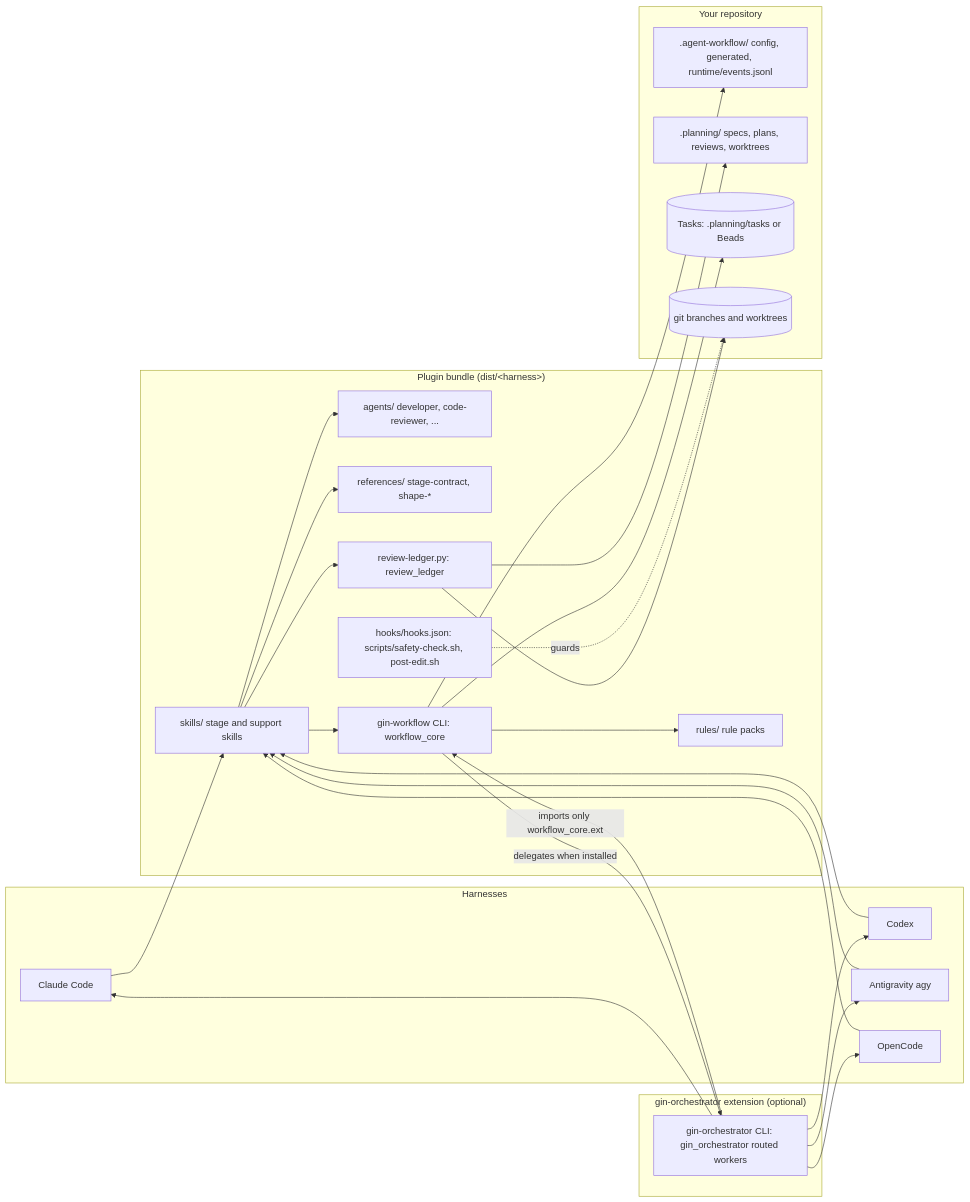
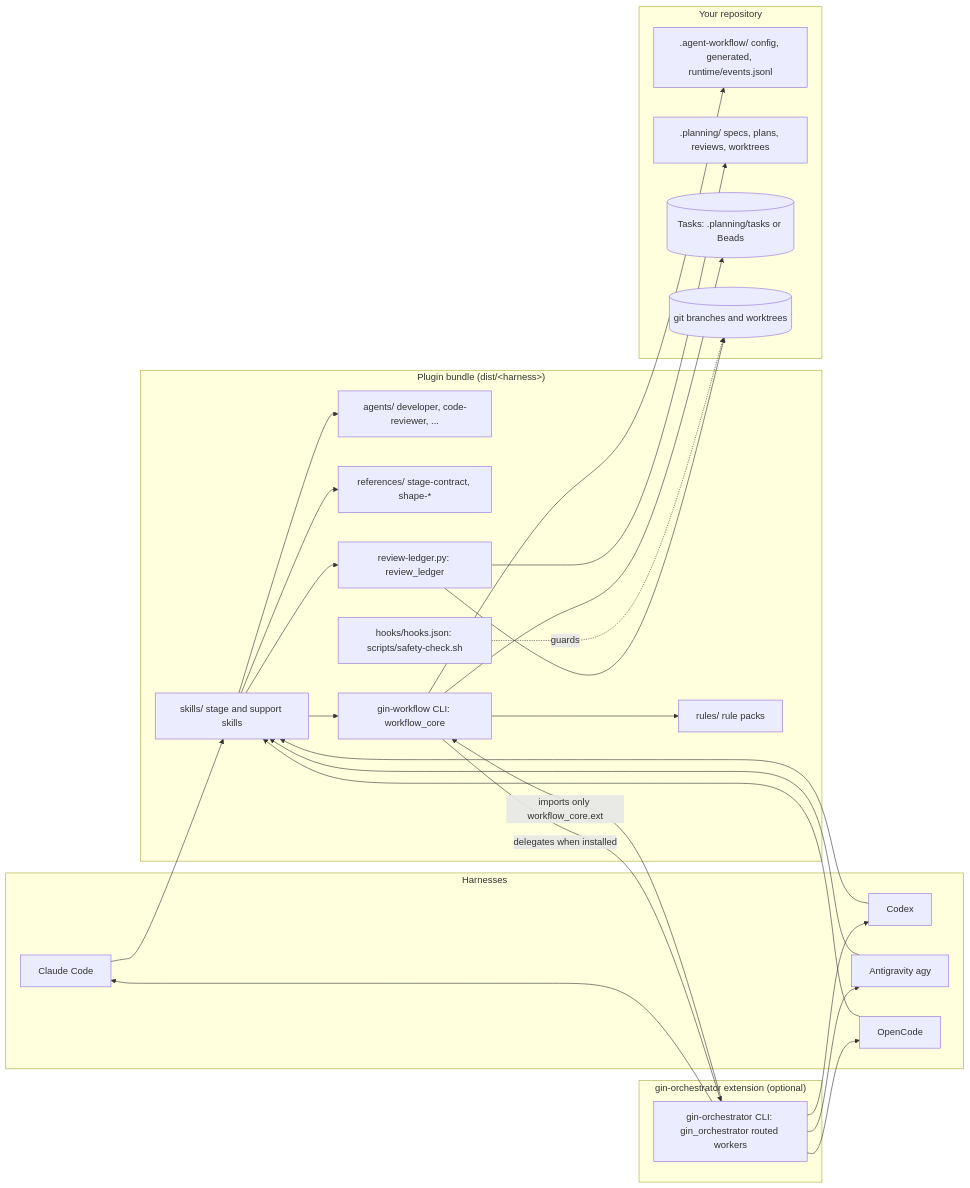
One commit to giangdhwhtbr/gin-workflow changed the first of 6 diagrams in docs/concepts/architecture.md. Above: the diagram before and after it, drawn with Mermaid. The commit also changed 45 other files, not shown here.

````diff
--- a/docs/concepts/architecture.md
+++ b/docs/concepts/architecture.md
@@ -7,41 +7,41 @@
 ```mermaid
 flowchart LR
     subgraph Harnesses
         CC[Claude Code]
         CX[Codex]
         AG[Antigravity agy]
         OC[OpenCode]
     end
     subgraph Bundle["Plugin bundle (dist/&lt;harness&gt;)"]
         SK[skills/ stage and support skills]
         AGT[agents/ developer, code-reviewer, ...]
         REF[references/ stage-contract, shape-*]
         RUL[rules/ rule packs]
-        HK[hooks/hooks.json: scripts/safety-check.sh, post-edit.sh]
+        HK[hooks/hooks.json: scripts/safety-check.sh]
         CLI[gin-workflow CLI: workflow_core]
         RL[review-ledger.py: review_ledger]
     end
     subgraph EXT["gin-orchestrator extension (optional)"]
         ORC[gin-orchestrator CLI: gin_orchestrator routed workers]
     end
     subgraph Repo["Your repository"]
         CFG[.agent-workflow/ config, generated, runtime/events.jsonl]
         PLN[.planning/ specs, plans, reviews, worktrees]
         TK[(Tasks: .planning/tasks or Beads)]
         GIT[(git branches and worktrees)]
     end
     CC & CX & AG & OC --> SK
     SK --> AGT
     SK --> REF
     SK --> CLI
     SK --> RL
     CLI --> RUL
     CLI --> CFG
     CLI --> TK
     RL --> PLN
     RL --> GIT
     CLI -->|delegates when installed| ORC
     ORC -->|imports only workflow_core.ext| CLI
     ORC --> CC & CX & AG & OC
     HK -.guards.-> GIT
 ```
````
